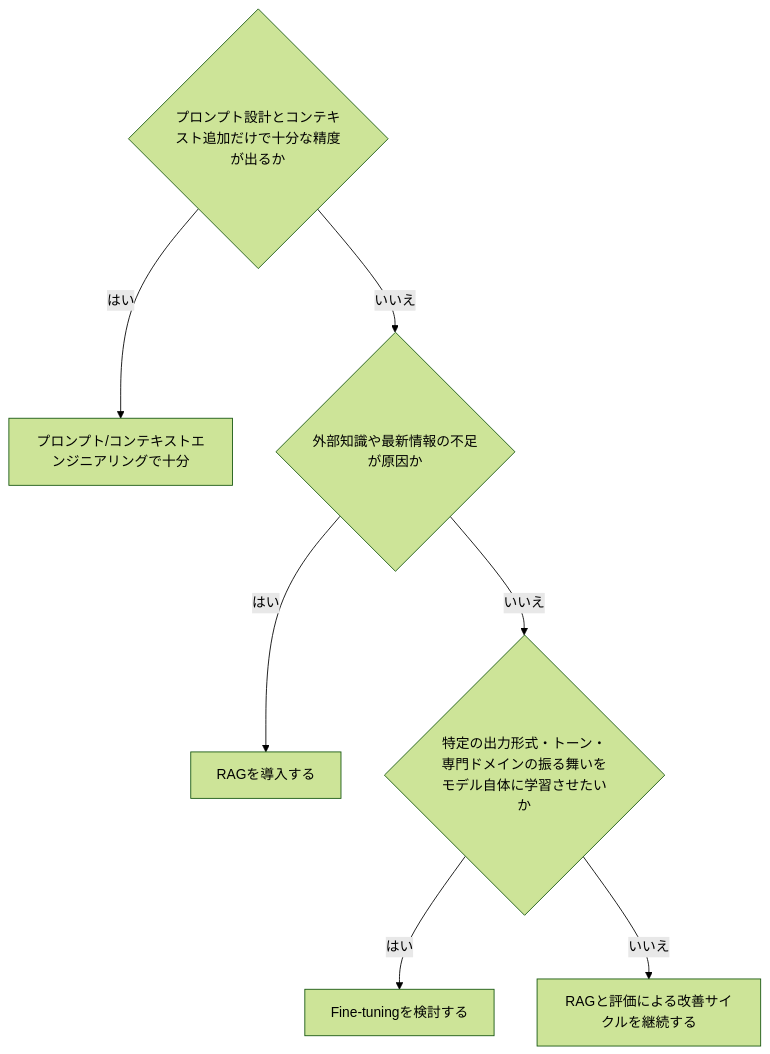
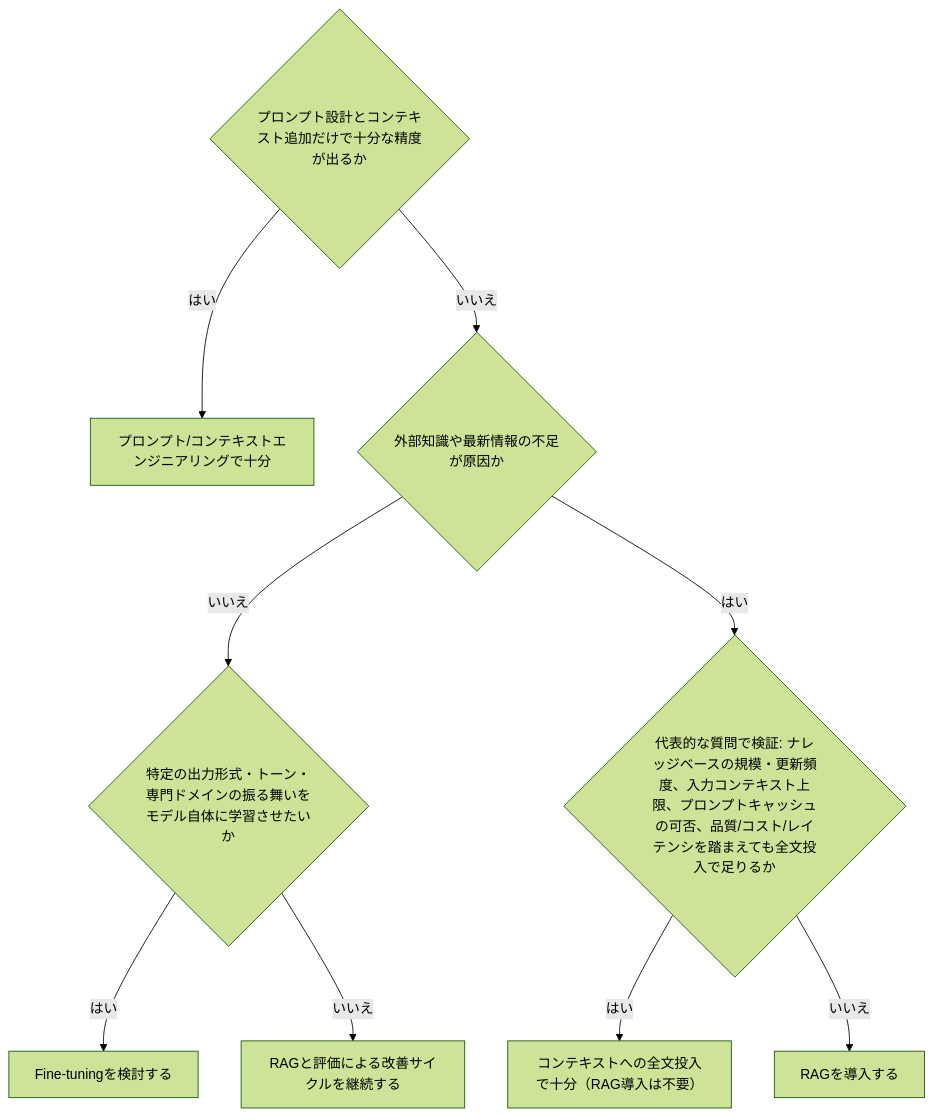
One commit to myoshi2891/Comparison-of-LLMs changed the eighth of 9 diagrams in Ai-engineering-guide.md. Above: the diagram before and after it, drawn with Mermaid (forest theme). The commit also changed other lines of this file and 1 other file, not shown here.

Commit message:
docs(rag): refine RAG decision flow, data deletion propagation, and cache expiry requirements

````diff
--- a/Ai-engineering-guide.md
+++ b/Ai-engineering-guide.md
@@ -266,10 +266,12 @@
 ```mermaid
 flowchart TB
     Q1{"プロンプト設計とコンテキスト追加だけで十分な精度が出るか"}
     Q1 -- "はい" --> R1["プロンプト/コンテキストエンジニアリングで十分"]
     Q1 -- "いいえ" --> Q2{"外部知識や最新情報の不足が原因か"}
-    Q2 -- "はい" --> R2["RAGを導入する"]
     Q2 -- "いいえ" --> Q3{"特定の出力形式・トーン・専門ドメインの振る舞いをモデル自体に学習させたいか"}
+    Q2 -- "はい" --> Q2b{"代表的な質問で検証: ナレッジベースの規模・更新頻度、入力コンテキスト上限、プロンプトキャッシュの可否、品質/コスト/レイテンシを踏まえても全文投入で足りるか"}
+    Q2b -- "はい" --> R2b["コンテキストへの全文投入で十分（RAG導入は不要）"]
+    Q2b -- "いいえ" --> R2["RAGを導入する"]
     Q3 -- "はい" --> R3["Fine-tuningを検討する"]
     Q3 -- "いいえ" --> R4["RAGと評価による改善サイクルを継続する"]
 ```
````
